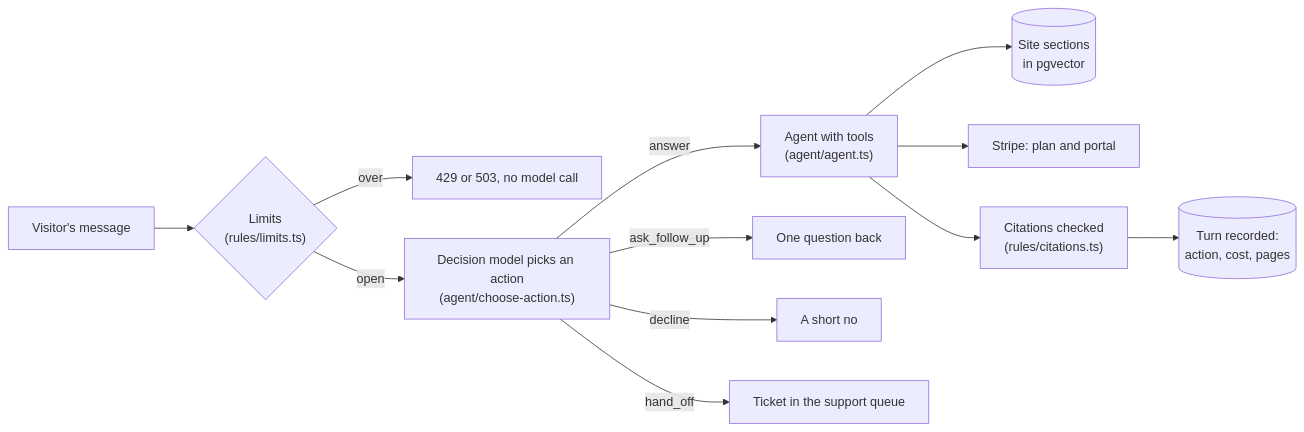
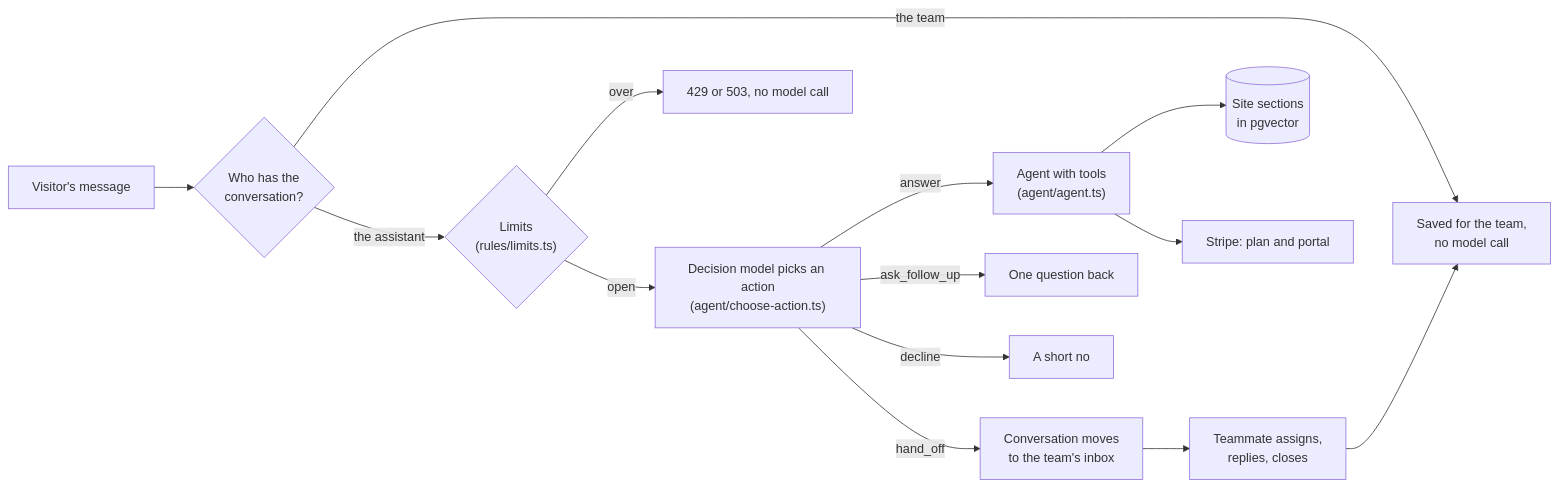
One commit to learnwithparam/ai-bootcamp changed the diagram in 02-site-assistant/README.md. Above: the diagram before and after it, drawn with Mermaid. The commit also changed other lines of this file and 152 other files, not shown here.

First line of the commit message:
02 site assistant: Fin messenger and support inbox; 08 browser agent console; 09 query tests

````diff
--- a/02-site-assistant/README.md
+++ b/02-site-assistant/README.md
@@ -73,14 +99,16 @@
 ```mermaid
 flowchart LR
-  ask[Visitor's message] --> limits{"Limits<br/>(rules/limits.ts)"}
+  ask[Visitor's message] --> owner{"Who has the<br/>conversation?"}
+  owner -->|the team| saved[Saved for the team,<br/>no model call]
+  owner -->|the assistant| limits{"Limits<br/>(rules/limits.ts)"}
   limits -->|over| stop[429 or 503, no model call]
   limits -->|open| decide["Decision model picks an action<br/>(agent/choose-action.ts)"]
   decide -->|answer| loop["Agent with tools<br/>(agent/agent.ts)"]
   decide -->|ask_follow_up| one[One question back]
   decide -->|decline| no[A short no]
-  decide -->|hand_off| ticket[Ticket in the support queue]
+  decide -->|hand_off| inbox[Conversation moves<br/>to the team's inbox]
   loop --> search[(Site sections<br/>in pgvector)]
   loop --> stripe[Stripe: plan and portal]
-  loop --> check["Citations checked<br/>(rules/citations.ts)"]
-  check --> record[(Turn recorded:<br/>action, cost, pages)]
+  inbox --> teammate[Teammate assigns,<br/>replies, closes]
+  teammate --> saved
 ```
````
